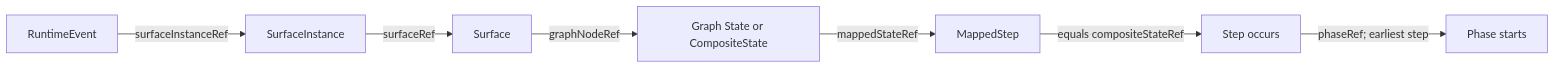
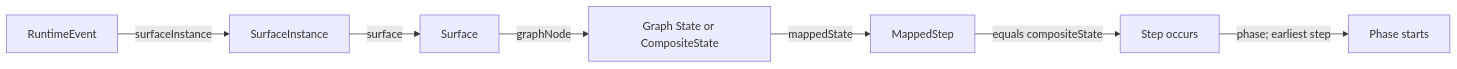
Before and after one commit to openuji/spec-ujg: the third of 3 diagrams in specs/ed/mapping/index.md, drawn with Mermaid. The commit also changed other lines of this file and 370 other files, not shown here.

````diff
--- a/specs/ed/mapping/index.md
+++ b/specs/ed/mapping/index.md
@@ -328,9 +312,9 @@
 ```mermaid
 flowchart LR
-  E[RuntimeEvent] -->|surfaceInstanceRef| SI[SurfaceInstance]
-  SI -->|surfaceRef| S[Surface]
-  S -->|graphNodeRef| G[Graph State or CompositeState]
-  G -->|mappedStateRef| MS[MappedStep]
-  MS -->|equals compositeStateRef| ES[Step occurs]
-  ES -->|phaseRef; earliest step| P[Phase starts]
+  E[RuntimeEvent] -->|surfaceInstance| SI[SurfaceInstance]
+  SI -->|surface| S[Surface]
+  S -->|graphNode| G[Graph State or CompositeState]
+  G -->|mappedState| MS[MappedStep]
+  MS -->|equals compositeState| ES[Step occurs]
+  ES -->|phase; earliest step| P[Phase starts]
 ```
````
